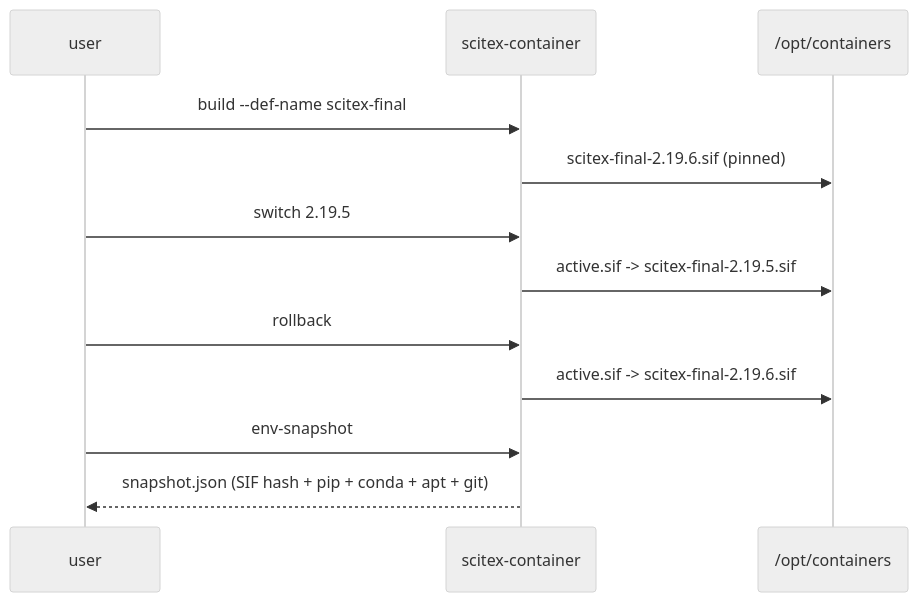
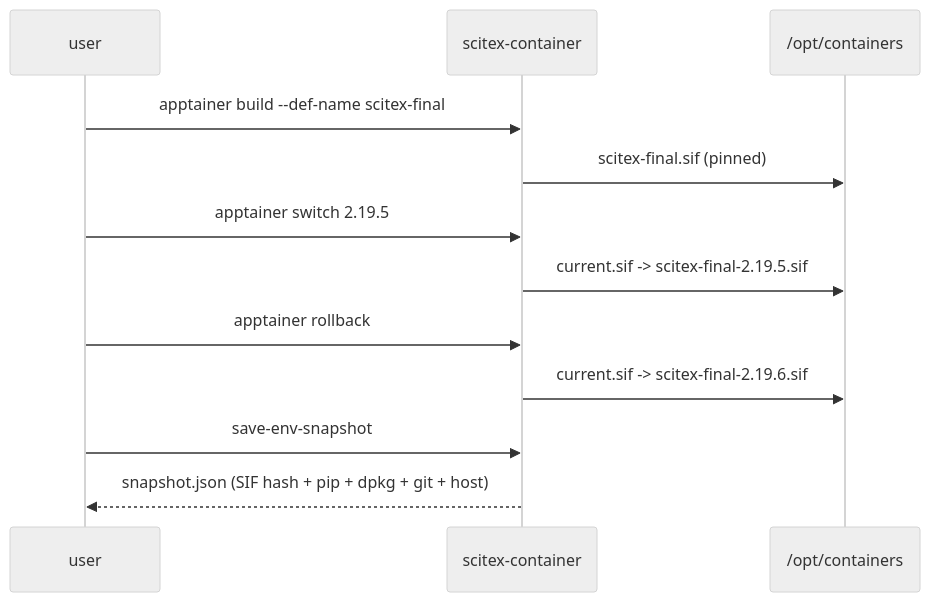
One commit to scitex-ai/scitex-container changed the diagram in README.md. Above: the diagram before and after it, drawn with Mermaid (neutral theme). The commit also changed other lines of this file and 6 other files, not shown here.

````diff
--- a/README.md
+++ b/README.md
@@ -261,14 +321,14 @@
 ```mermaid
 sequenceDiagram
     participant U as user
     participant SC as scitex-container
     participant FS as /opt/containers
-    U->>SC: build --def-name scitex-final
-    SC->>FS: scitex-final-2.19.6.sif (pinned)
-    U->>SC: switch 2.19.5
-    SC->>FS: active.sif -> scitex-final-2.19.5.sif
-    U->>SC: rollback
-    SC->>FS: active.sif -> scitex-final-2.19.6.sif
-    U->>SC: env-snapshot
-    SC-->>U: snapshot.json (SIF hash + pip + conda + apt + git)
+    U->>SC: apptainer build --def-name scitex-final
+    SC->>FS: scitex-final.sif (pinned)
+    U->>SC: apptainer switch 2.19.5
+    SC->>FS: current.sif -> scitex-final-2.19.5.sif
+    U->>SC: apptainer rollback
+    SC->>FS: current.sif -> scitex-final-2.19.6.sif
+    U->>SC: save-env-snapshot
+    SC-->>U: snapshot.json (SIF hash + pip + dpkg + git + host)
 ```
````
